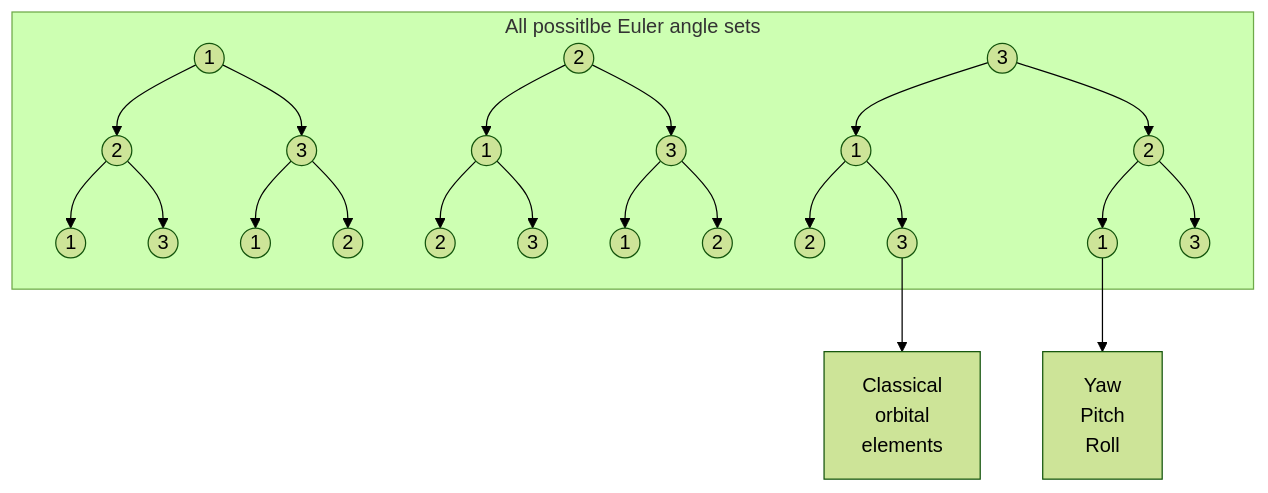
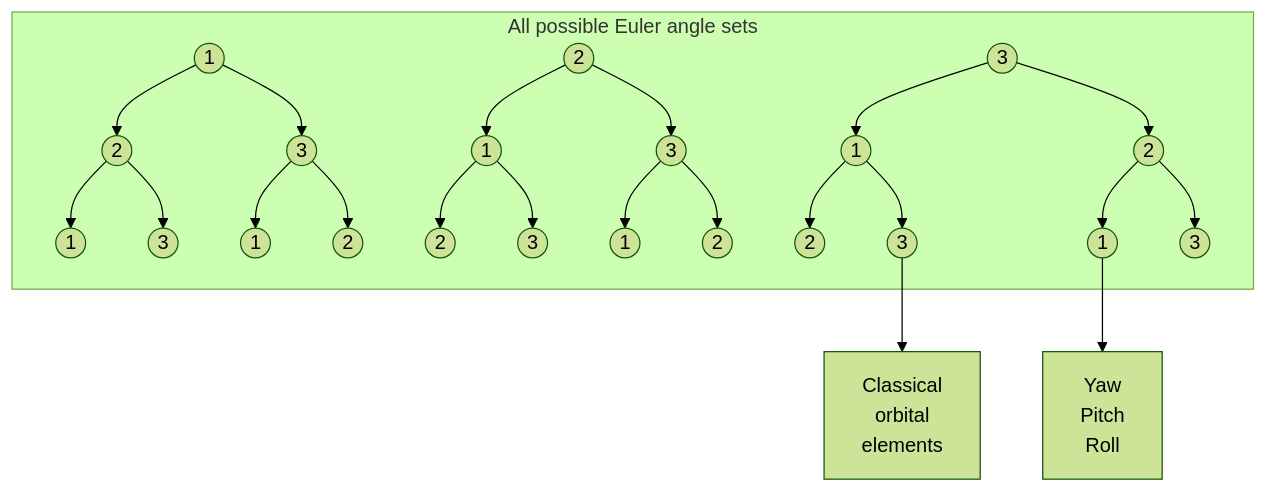
One commit to astroHaoPeng/ERAU_AE_544_Analytical_Dynamics_HaoPeng changed the diagram in Lecture Notes/AE_544_LecNote03__Rigid_Body_Kinematics__Ch03.md. Above: the diagram before and after it, drawn with Mermaid (forest theme). The commit also changed other lines of this file and 1 other file, not shown here.

````diff
--- a/Lecture Notes/AE_544_LecNote03__Rigid_Body_Kinematics__Ch03.md
+++ b/Lecture Notes/AE_544_LecNote03__Rigid_Body_Kinematics__Ch03.md
@@ -274,24 +279,24 @@
 ```mermaid
 flowchart TD
-subgraph All possitlbe Euler angle sets
+subgraph All possible Euler angle sets
     id1((1)) --> id12((2)) --> id121((1))
                   id12 --> id123((3))
     
     id1 --> id13((3)) --> id131((1))
             id13((3)) --> id132((2))
     
     id2((2)) --> id21((1)) --> id212((2))
                  id21 --> id213((3))
     
     id2 --> id23((3)) --> id231((1))
             id23 --> id232((2))
     
     id3((3)) --> id31((1)) --> id312((2))
                  id31 --> id313((3))
     id3 --> id32((2)) --> id321((1))
             id32 --> id323((3))
 end
 
 id321 --> ypr[Yaw<br>Pitch<br>Roll]
 id313 --> coe[Classical<br>orbital<br>elements]
 ```
````
